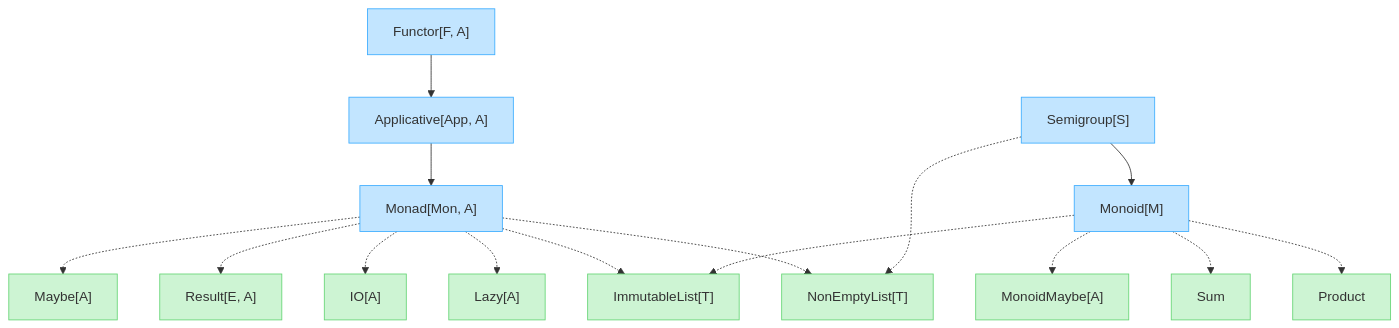
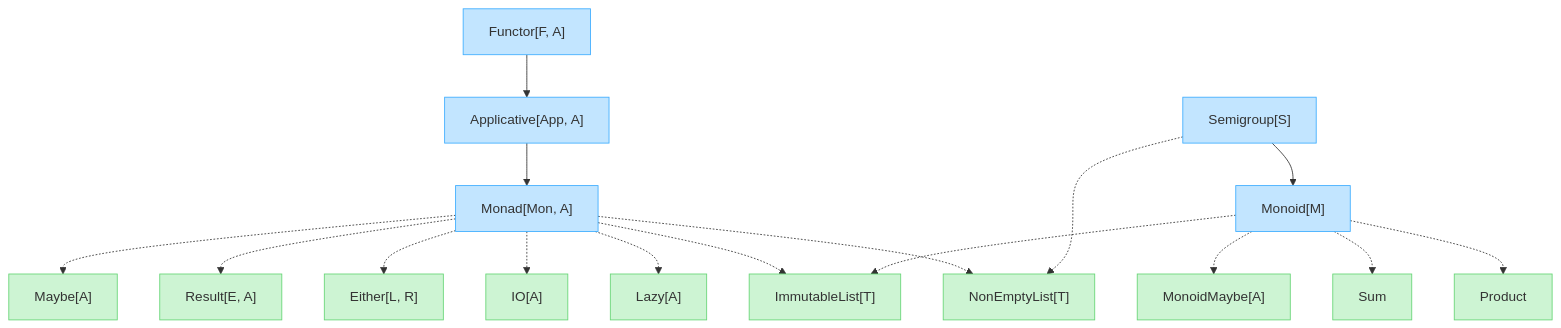
One commit to kamalfarahani/katharos changed the diagram in docs/reference/type-hierarchy.rst. Above: the diagram before and after it, drawn with Mermaid. The commit also changed other lines of this file and 3 other files, not shown here.

```diff
--- a/docs/reference/type-hierarchy.rst
+++ b/docs/reference/type-hierarchy.rst
@@ -10,24 +10,25 @@
 .. mermaid::
 
     flowchart TD
         semigroup["Semigroup[S]"] --> monoid["Monoid[M]"]
         functor["Functor[F, A]"] --> applicative["Applicative[App, A]"]
         applicative --> monad["Monad[Mon, A]"]
 
         monad -.-> maybe["Maybe[A]"]
         monad -.-> result["Result[E, A]"]
+        monad -.-> either["Either[L, R]"]
         monad -.-> io["IO[A]"]
         monad -.-> lazy["Lazy[A]"]
         monad -.-> immutableList["ImmutableList[T]"]
         monad -.-> nonEmptyList["NonEmptyList[T]"]
 
         monoid -.-> immutableList
         monoid -.-> monoidMaybe["MonoidMaybe[A]"]
         monoid -.-> sum[Sum]
         monoid -.-> product[Product]
         semigroup -.-> nonEmptyList
 
         classDef abstract fill:#C2E5FF,stroke:#3DADFF
         classDef concrete fill:#CDF4D3,stroke:#66D575
         class semigroup,monoid,functor,applicative,monad abstract
-        class maybe,result,io,lazy,immutableList,nonEmptyList,monoidMaybe,sum,product concrete
+        class maybe,result,either,io,lazy,immutableList,nonEmptyList,monoidMaybe,sum,product concrete
```
